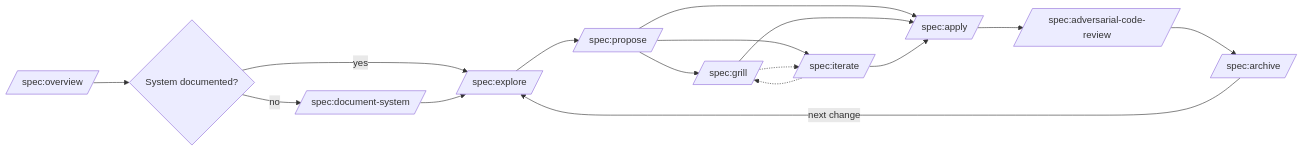
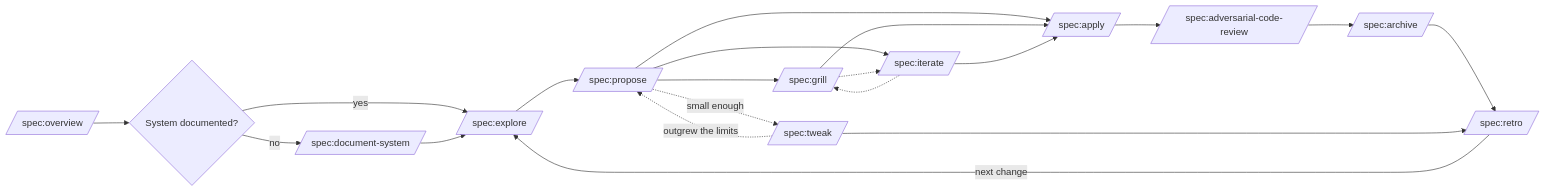
One commit to tillg/till-claude-code-marketplace changed the first of 2 diagrams in specs/system/functional.md. Above: the diagram before and after it, drawn with Mermaid. The commit also changed other lines of this file and 28 other files, not shown here.

First line of the commit message:
spec 12.0.0, autonomous 2.0.0: Pocock-inspired flow

````diff
--- a/specs/system/functional.md
+++ b/specs/system/functional.md
@@ -48,18 +49,22 @@
 ```mermaid
 graph LR
     O[/spec:overview/] --> B{System documented?}
     B -->|no| DS[/spec:document-system/]
     B -->|yes| E[/spec:explore/]
     DS --> E
     E --> P[/spec:propose/]
     P --> G[/spec:grill/]
     P --> I[/spec:iterate/]
     G -.-> I
     I -.-> G
     P --> A[/spec:apply/]
     G --> A
     I --> A
     A --> R[/spec:adversarial-code-review/]
     R --> AR[/spec:archive/]
-    AR -->|next change| E
+    AR --> RT[/spec:retro/]
+    RT -->|next change| E
+    P -.->|small enough| TW[/spec:tweak/]
+    TW -.->|outgrew the limits| P
+    TW --> RT
 ```
````
